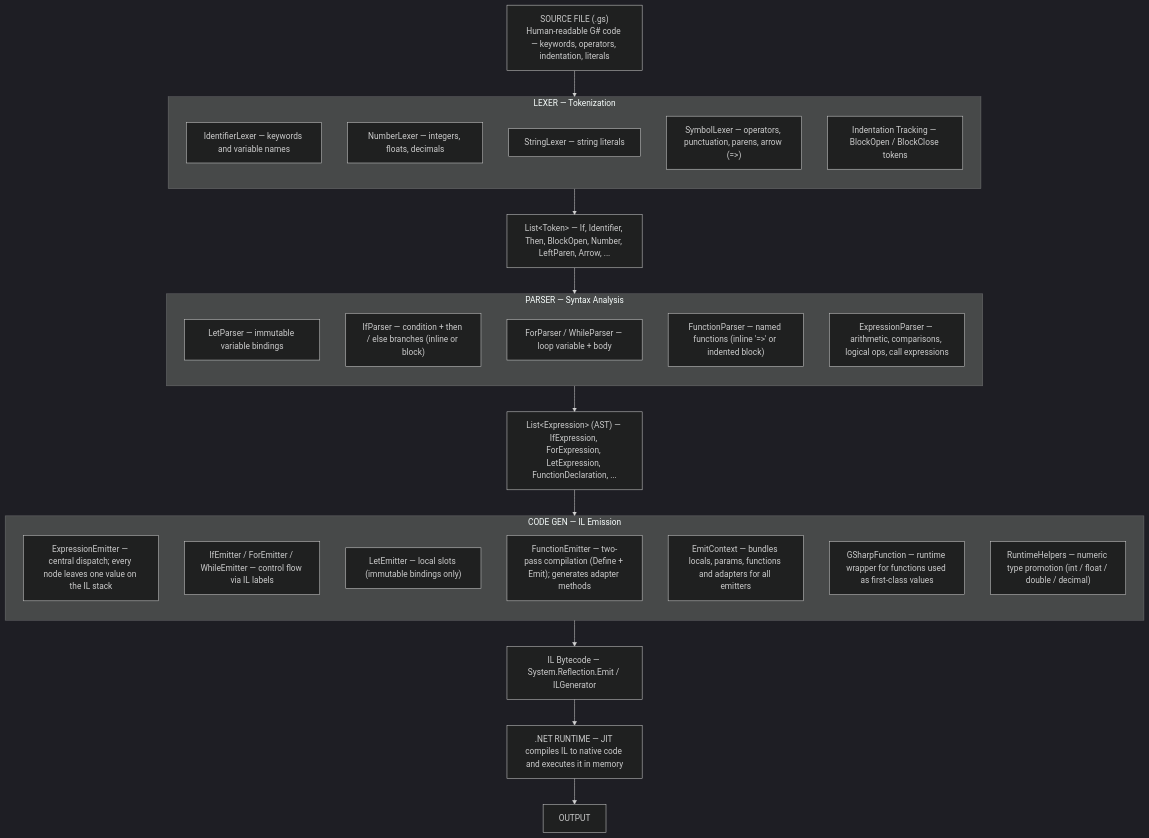
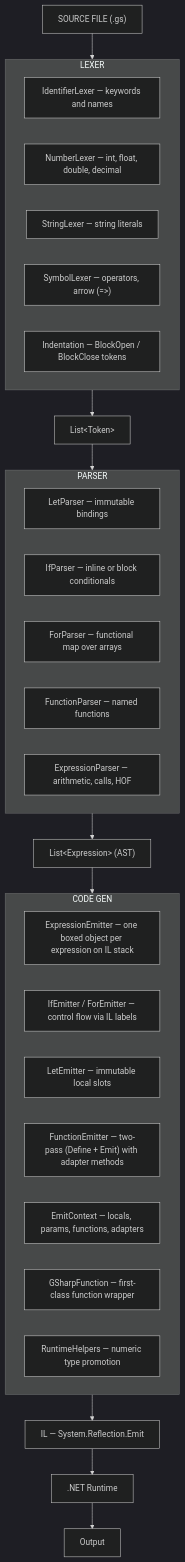
One commit to GregoriBrunoFelicio/G-Sharp changed the diagram in README.md. Above: the diagram before and after it, drawn with Mermaid (dark theme). The commit also changed other lines of this file, not shown here.

````diff
--- a/README.md
+++ b/README.md
@@ -15,52 +32,40 @@
 ```mermaid
 flowchart TD
-    SRC["SOURCE FILE (.gs)\nHuman-readable G# code — keywords, operators, indentation, literals"]
+    SRC["SOURCE FILE (.gs)"]
 
-    subgraph LEXER["LEXER — Tokenization"]
-        direction TB
-        L1["IdentifierLexer — keywords and variable names"]
-        L2["NumberLexer — integers, floats, decimals"]
+    subgraph LEXER["LEXER"]
+        L1["IdentifierLexer — keywords and names"]
+        L2["NumberLexer — int, float, double, decimal"]
         L3["StringLexer — string literals"]
-        L4["SymbolLexer — operators, punctuation, parens, arrow (=>)"]
-        L5["Indentation Tracking — BlockOpen / BlockClose tokens"]
+        L4["SymbolLexer — operators, arrow (=>)"]
+        L5["Indentation — BlockOpen / BlockClose tokens"]
     end
 
-    T["List&lt;Token&gt; — If, Identifier, Then, BlockOpen, Number, LeftParen, Arrow, ..."]
+    T["List&lt;Token&gt;"]
 
-    subgraph PARSER["PARSER — Syntax Analysis"]
-        direction TB
-        P1["LetParser — immutable variable bindings"]
-        P2["IfParser — condition + then / else branches (inline or block)"]
-        P3["ForParser / WhileParser — loop variable + body"]
-        P4["FunctionParser — named functions (inline '=>' or indented block)"]
-        P5["ExpressionParser — arithmetic, comparisons, logical ops, call expressions"]
+    subgraph PARSER["PARSER"]
+        P1["LetParser — immutable bindings"]
+        P2["IfParser — inline or block conditionals"]
+        P3["ForParser — functional map over arrays"]
+        P4["FunctionParser — named functions"]
+        P5["ExpressionParser — arithmetic, calls, HOF"]
     end
 
-    AST["List&lt;Expression&gt; (AST) — IfExpression, ForExpression, LetExpression, FunctionDeclaration, ..."]
+    AST["List&lt;Expression&gt; (AST)"]
 
-    subgraph CODEGEN["CODE GEN — IL Emission"]
-        direction TB
-        C1["ExpressionEmitter — central dispatch; every node leaves one value on the IL stack"]
-        C2["IfEmitter / ForEmitter / WhileEmitter — control flow via IL labels"]
-        C3["LetEmitter — local slots (immutable bindings only)"]
-        C4["FunctionEmitter — two-pass compilation (Define + Emit); generates adapter methods"]
-        C5["EmitContext — bundles locals, params, functions and adapters for all emitters"]
-        C6["GSharpFunction — runtime wrapper for functions used as first-class values"]
-        C7["RuntimeHelpers — numeric type promotion (int / float / double / decimal)"]
+    subgraph CODEGEN["CODE GEN"]
+        C1["ExpressionEmitter — one boxed object per expression on IL stack"]
+        C2["IfEmitter / ForEmitter — control flow via IL labels"]
+        C3["LetEmitter — immutable local slots"]
+        C4["FunctionEmitter — two-pass (Define + Emit) with adapter methods"]
+        C5["EmitContext — locals, params, functions, adapters"]
+        C6["GSharpFunction — first-class function wrapper"]
+        C7["RuntimeHelpers — numeric type promotion"]
     end
 
-    IL["IL Bytecode — System.Reflection.Emit / ILGenerator"]
+    IL["IL — System.Reflection.Emit"]
+    RT[".NET Runtime"]
+    OUT["Output"]
 
-    RT[".NET RUNTIME — JIT compiles IL to native code and executes it in memory"]
-
-    OUT["OUTPUT"]
-
-    SRC --> LEXER
-    LEXER --> T
-    T --> PARSER
-    PARSER --> AST
-    AST --> CODEGEN
-    CODEGEN --> IL
-    IL --> RT
-    RT --> OUT
+    SRC --> LEXER --> T --> PARSER --> AST --> CODEGEN --> IL --> RT --> OUT
 ```
````
